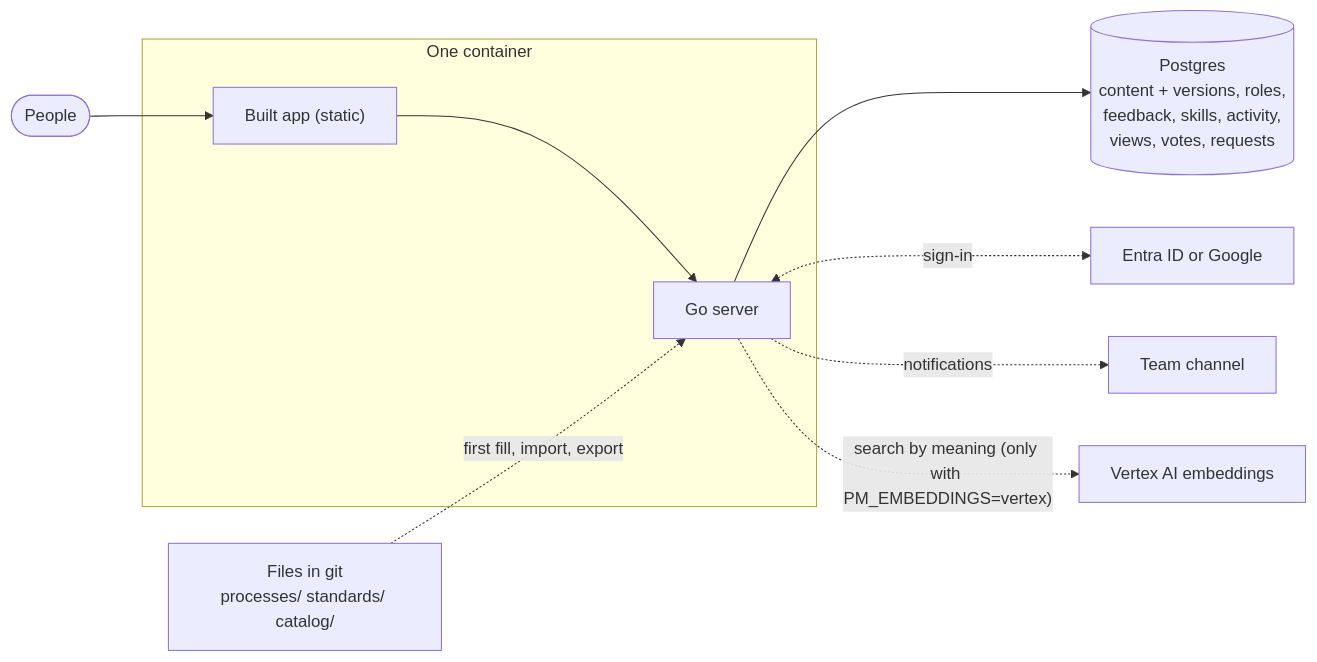
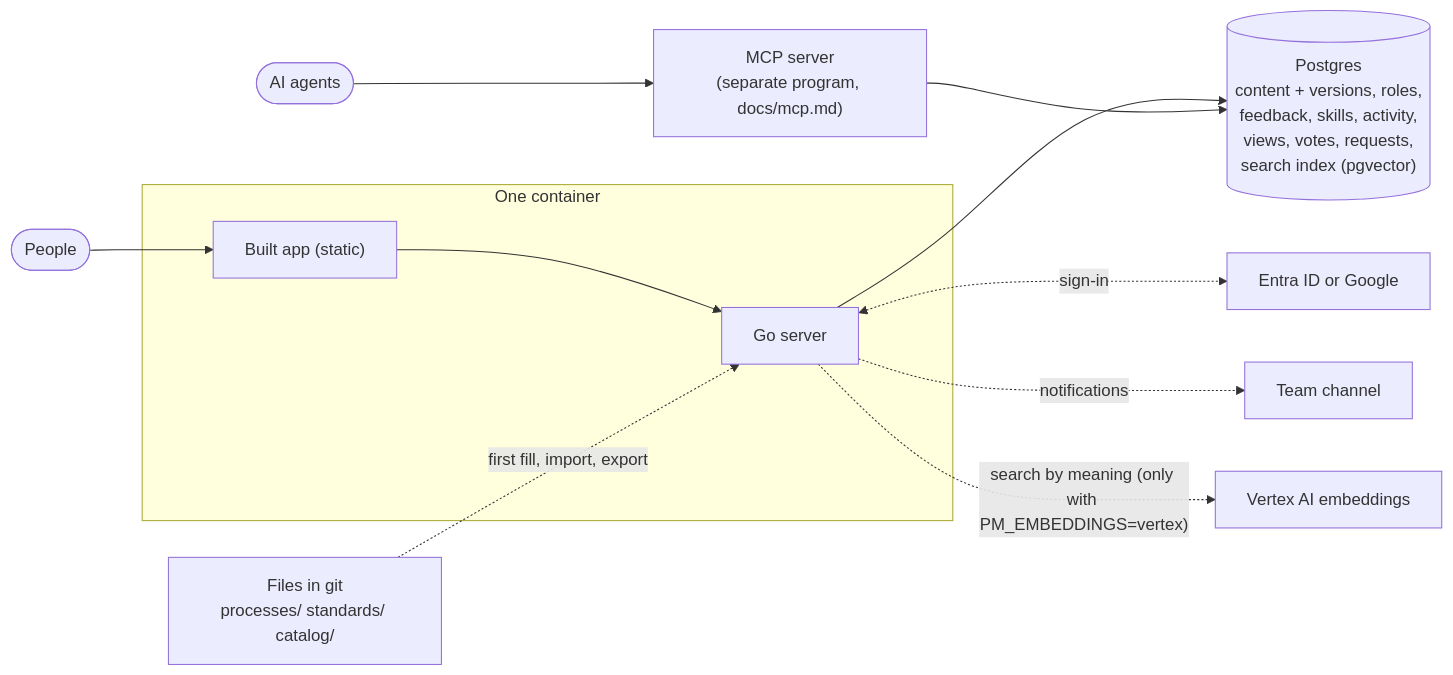
Before and after one commit to kubek80/process-manager: the diagram in docs/backend.md, drawn with Mermaid. The commit also changed other lines of this file and 11 other files, not shown here.

First line of the commit message:
Work in progress: documentation for search by meaning and the MCP server

````diff
--- a/docs/backend.md
+++ b/docs/backend.md
@@ -5,13 +5,14 @@
 ```mermaid
 flowchart LR
   people(["People"]) --> app["Built app (static)"] --> server["Go server"]
   subgraph image["One container"]
     app
     server
   end
-  server --> db[("Postgres<br/>content + versions, roles,<br/>feedback, skills, activity,<br/>views, votes, requests")]
+  server --> db[("Postgres<br/>content + versions, roles,<br/>feedback, skills, activity,<br/>views, votes, requests,<br/>search index (pgvector)")]
   server <-. "sign-in" .-> idp["Entra ID or Google"]
   server -. "notifications" .-> chat["Team channel"]
   server -. "search by meaning (only with PM_EMBEDDINGS=vertex)" .-> vertex["Vertex AI embeddings"]
+  agents(["AI agents"]) --> mcp["MCP server<br/>(separate program, docs/mcp.md)"] --> db
   seed["Files in git<br/>processes/ standards/ catalog/"] -. "first fill, import, export" .-> server
 ```
````
